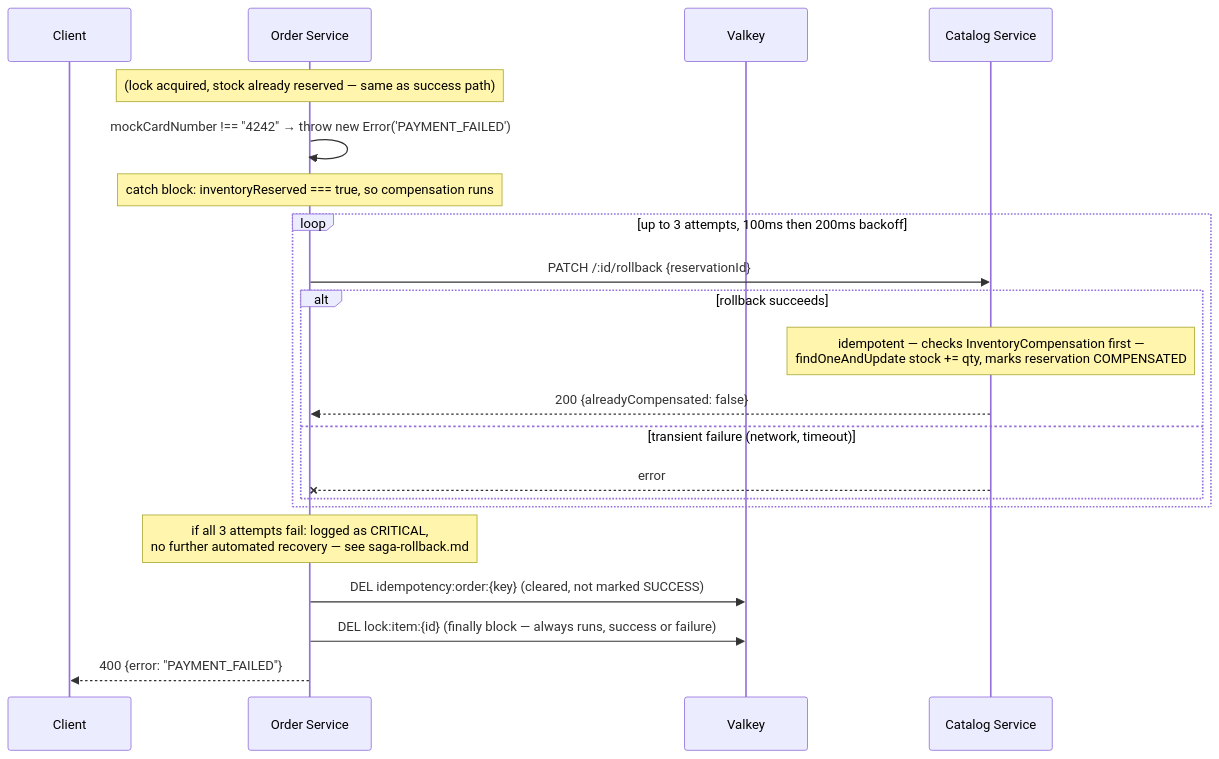
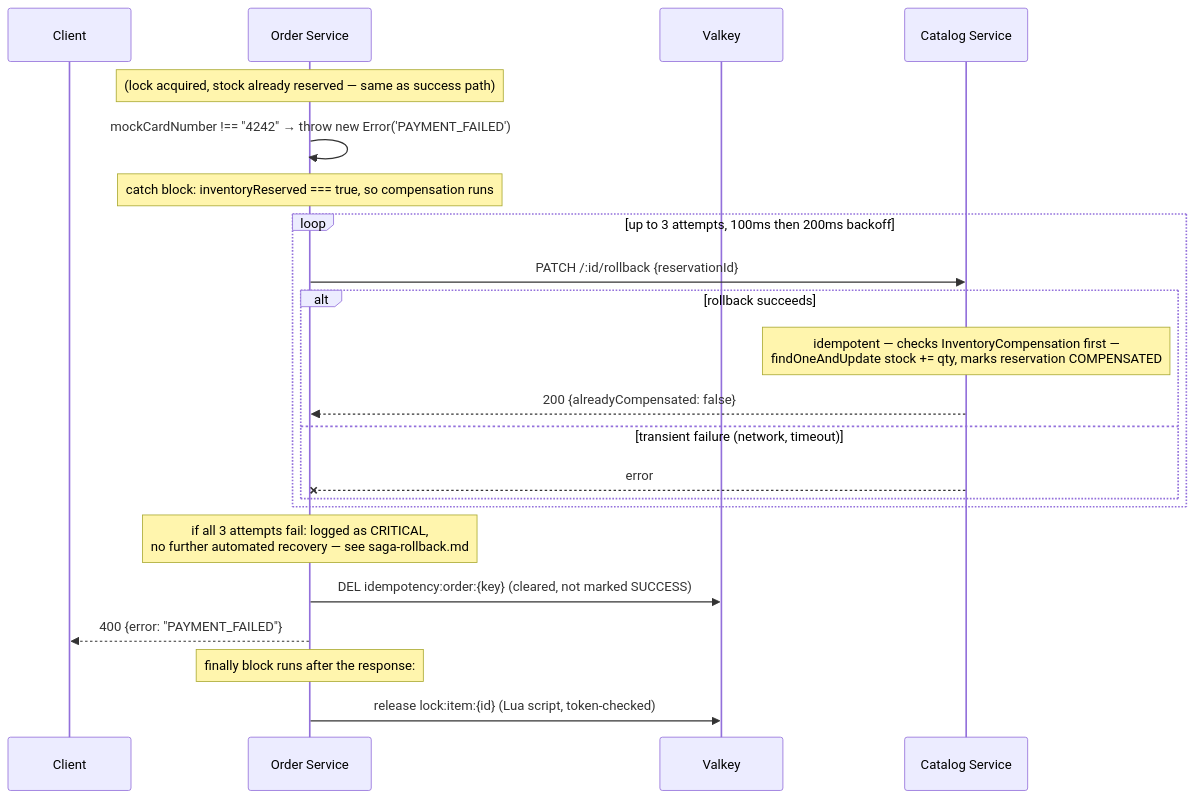
One commit to RajaiTarun/MerchFlow changed the second of 2 diagrams in docs/system-design/HLD/03-request-lifecycle-checkout.md. Above: the diagram before and after it, drawn with Mermaid. The commit also changed other lines of this file and 8 other files, not shown here.

````diff
--- a/docs/system-design/HLD/03-request-lifecycle-checkout.md
+++ b/docs/system-design/HLD/03-request-lifecycle-checkout.md
@@ -48,24 +52,25 @@
 ```mermaid
 sequenceDiagram
     participant C as Client
     participant O as Order Service
     participant V as Valkey
     participant Cat as Catalog Service
 
     Note over O: (lock acquired, stock already reserved — same as success path)
     O->>O: mockCardNumber !== "4242" → throw new Error('PAYMENT_FAILED')
     Note over O: catch block: inventoryReserved === true, so compensation runs
     loop up to 3 attempts, 100ms then 200ms backoff
         O->>Cat: PATCH /:id/rollback {reservationId}
         alt rollback succeeds
             Note over Cat: idempotent — checks InventoryCompensation first —<br/>findOneAndUpdate stock += qty, marks reservation COMPENSATED
             Cat-->>O: 200 {alreadyCompensated: false}
         else transient failure (network, timeout)
             Cat--xO: error
         end
     end
     Note over O: if all 3 attempts fail: logged as CRITICAL,<br/>no further automated recovery — see saga-rollback.md
     O->>V: DEL idempotency:order:{key} (cleared, not marked SUCCESS)
-    O->>V: DEL lock:item:{id} (finally block — always runs, success or failure)
     O-->>C: 400 {error: "PAYMENT_FAILED"}
+    Note over O: finally block runs after the response:
+    O->>V: release lock:item:{id} (Lua script, token-checked)
 ```
````
